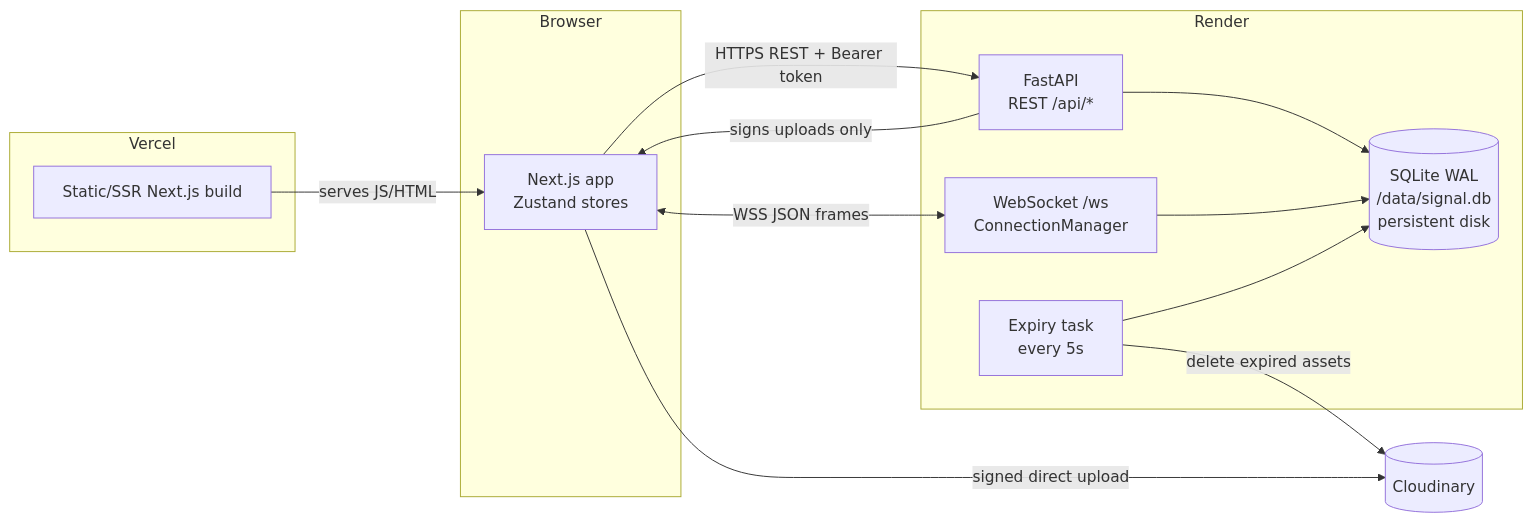
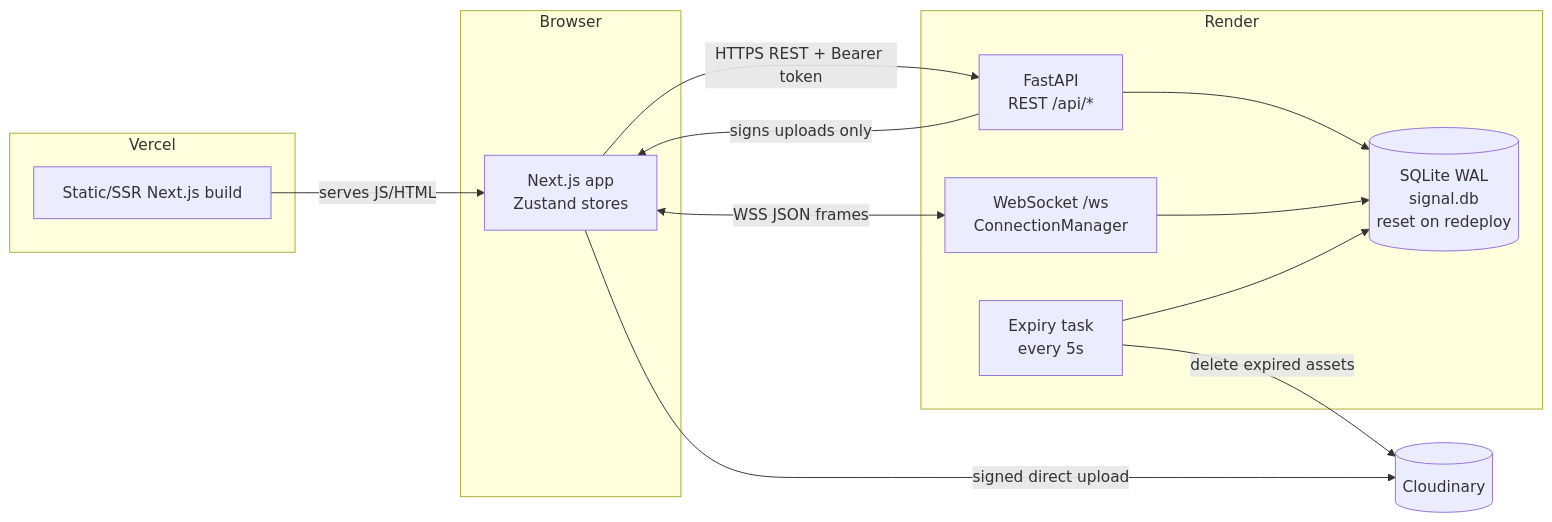
Before and after one commit to Abhinav-055/Scaler-signal-clone: the first of 2 diagrams in README.md, drawn with Mermaid. The commit also changed other lines of this file and 5 other files, not shown here.

````diff
--- a/README.md
+++ b/README.md
@@ -69,26 +74,26 @@
 ```mermaid
 flowchart LR
     subgraph Browser
       UI[Next.js app<br/>Zustand stores]
     end
     subgraph Vercel
       FE[Static/SSR Next.js build]
     end
     subgraph Render
       API[FastAPI<br/>REST /api/*]
       WS[WebSocket /ws<br/>ConnectionManager]
       EXP[Expiry task<br/>every 5s]
-      DB[(SQLite WAL<br/>/data/signal.db<br/>persistent disk)]
+      DB[(SQLite WAL<br/>signal.db<br/>reset on redeploy)]
     end
     CDN[(Cloudinary)]
 
     FE -- serves JS/HTML --> UI
     UI -- HTTPS REST + Bearer token --> API
     UI <-- WSS JSON frames --> WS
     UI -- signed direct upload --> CDN
     API --> DB
     WS --> DB
     EXP --> DB
     EXP -- delete expired assets --> CDN
     API -- signs uploads only --> UI
 ```
````
